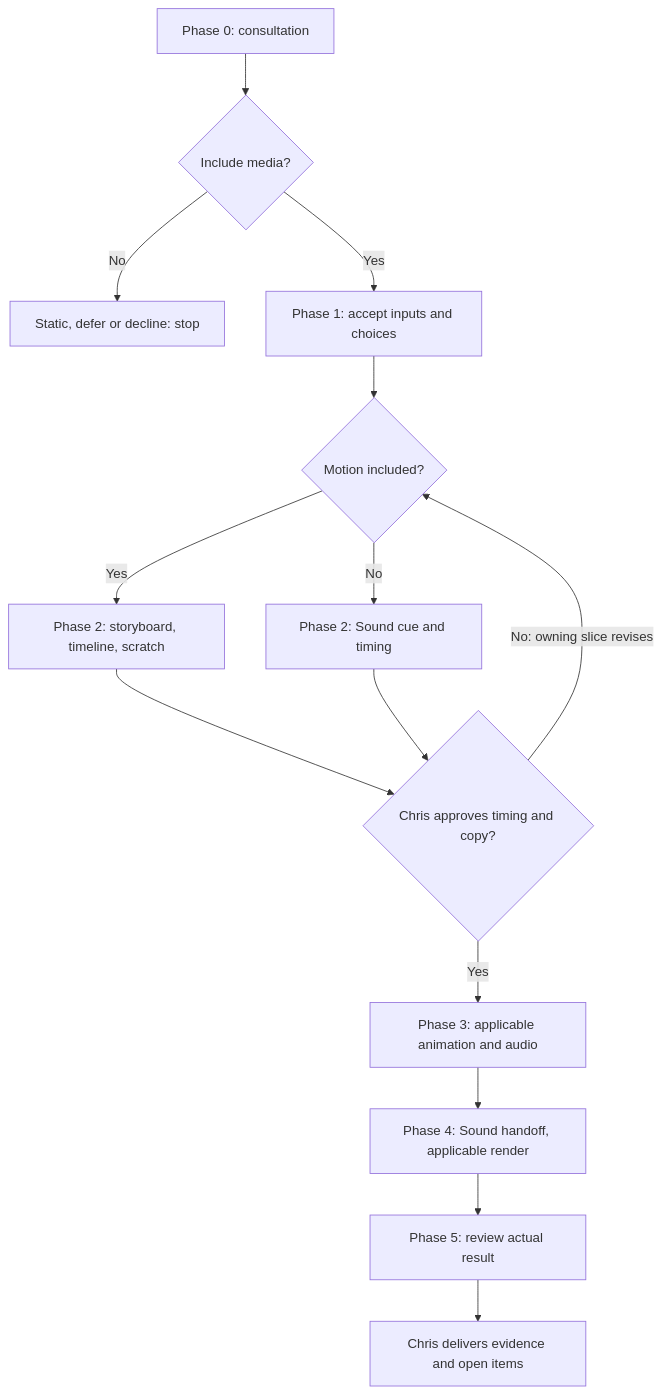
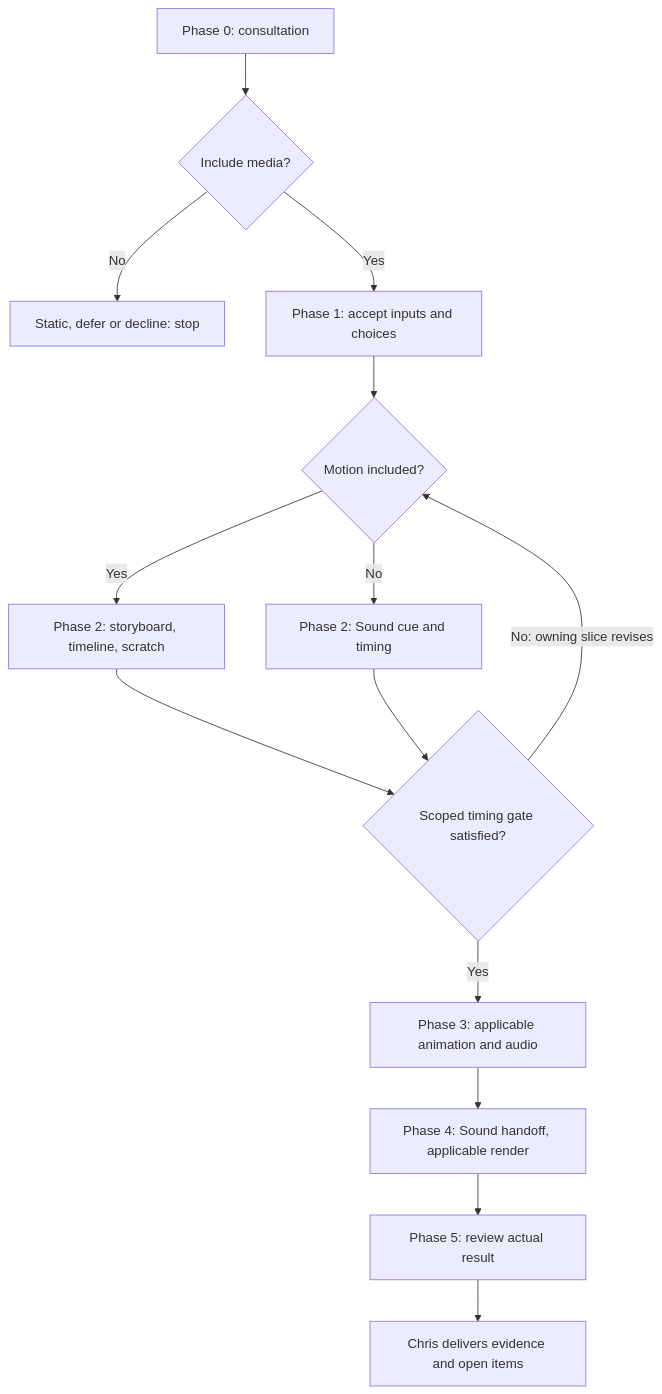
One commit to NeoAnthropocene/agents-united changed the diagram in registry/skills/workflow-agency-motion-production/SKILL.md. Above: the diagram before and after it, drawn with Mermaid. The commit also changed other lines of this file and 488 other files, not shown here.

````diff
--- a/registry/skills/workflow-agency-motion-production/SKILL.md
+++ b/registry/skills/workflow-agency-motion-production/SKILL.md
@@ -20,16 +26,16 @@
 ```mermaid
 graph TD
     P0[Phase 0: consultation] --> I{Include media?}
     I -->|No| Stop[Static, defer or decline: stop]
     I -->|Yes| P1[Phase 1: accept inputs and choices]
     P1 --> M{Motion included?}
     M -->|Yes| V[Phase 2: storyboard, timeline, scratch]
     M -->|No| A[Phase 2: Sound cue and timing]
-    V --> G{Chris approves timing and copy?}
+    V --> G{Scoped timing gate satisfied?}
     A --> G
     G -->|No: owning slice revises| M
     G -->|Yes| P3[Phase 3: applicable animation and audio]
     P3 --> P4[Phase 4: Sound handoff, applicable render]
     P4 --> P5[Phase 5: review actual result]
     P5 --> D[Chris delivers evidence and open items]
 ```
````
